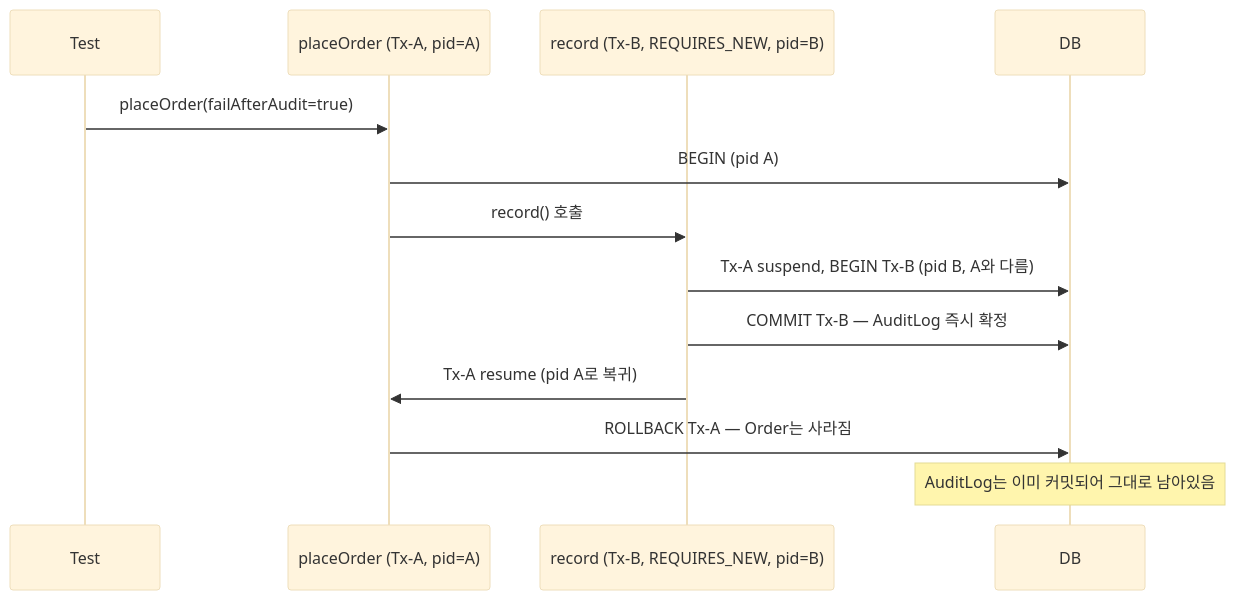
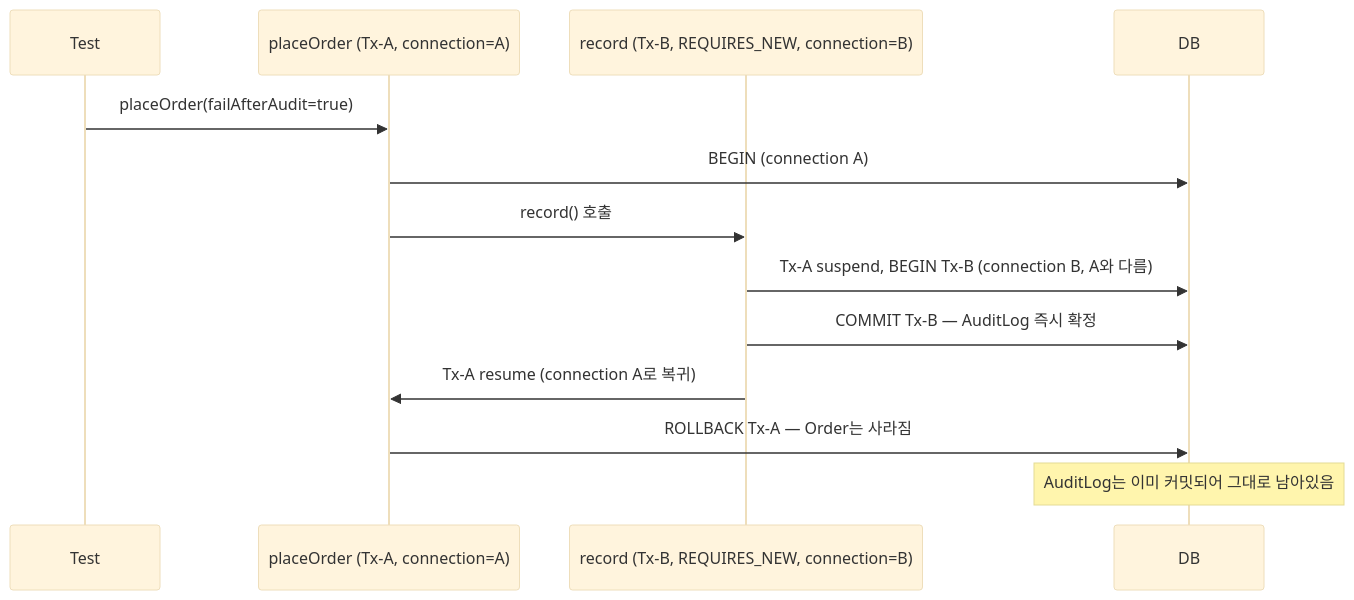
One commit to yoonxjoong/yoonxjoong.github.io changed the diagram in _posts/2026-09-30-transaction-propagation-lab.md. Above: the diagram before and after it, drawn with Mermaid (base theme). The commit also changed other lines of this file and 1 other file, not shown here.

````diff
--- a/_posts/2026-09-30-transaction-propagation-lab.md
+++ b/_posts/2026-09-30-transaction-propagation-lab.md
@@ -102,16 +102,16 @@
 ```mermaid
 sequenceDiagram
     participant Test
-    participant TxA as placeOrder (Tx-A, pid=A)
-    participant TxB as record (Tx-B, REQUIRES_NEW, pid=B)
+    participant TxA as placeOrder (Tx-A, connection=A)
+    participant TxB as record (Tx-B, REQUIRES_NEW, connection=B)
     participant DB
 
     Test->>TxA: placeOrder(failAfterAudit=true)
-    TxA->>DB: BEGIN (pid A)
+    TxA->>DB: BEGIN (connection A)
     TxA->>TxB: record() 호출
-    TxB->>DB: Tx-A suspend, BEGIN Tx-B (pid B, A와 다름)
+    TxB->>DB: Tx-A suspend, BEGIN Tx-B (connection B, A와 다름)
     TxB->>DB: COMMIT Tx-B — AuditLog 즉시 확정
-    TxB->>TxA: Tx-A resume (pid A로 복귀)
+    TxB->>TxA: Tx-A resume (connection A로 복귀)
     TxA->>DB: ROLLBACK Tx-A — Order는 사라짐
     Note over DB: AuditLog는 이미 커밋되어 그대로 남아있음
 ```
````
